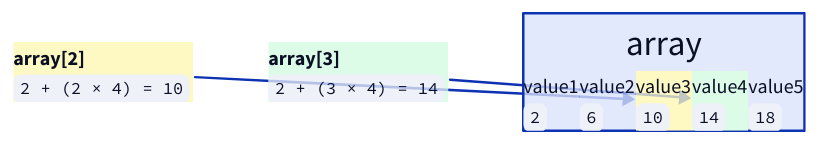
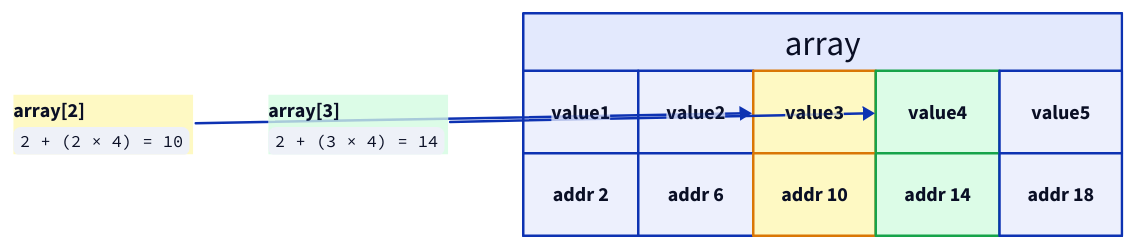
One commit to ani2fun/note-book changed diagram 17 of 19 in src/computer-science/DSA/data-structures/1.arrays/01-introduction.md. Above: the diagram before and after it, drawn with D2. The commit also changed other lines of this file, not shown here.

````diff
--- a/src/computer-science/DSA/data-structures/1.arrays/01-introduction.md
+++ b/src/computer-science/DSA/data-structures/1.arrays/01-introduction.md
@@ -921,32 +901,28 @@
 ```d2
 c2: |md
   **array[2]**<br/>`2 + (2 × 4) = 10`
 | {style.fill: "#fef9c3"; style.stroke: "#d97706"}
 
 c3: |md
   **array[3]**<br/>`2 + (3 × 4) = 14`
 | {style.fill: "#dcfce7"; style.stroke: "#16a34a"}
 
 arr: array {
+  grid-rows: 2
   grid-columns: 5
   grid-gap: 0
-  e0: |md
-    value1<br/>`2`
-  |
-  e1: |md
-    value2<br/>`6`
-  |
-  e2: |md
-    value3<br/>`10`
-  | {style.fill: "#fef9c3"; style.stroke: "#d97706"}
-  e3: |md
-    value4<br/>`14`
-  | {style.fill: "#dcfce7"; style.stroke: "#16a34a"}
-  e4: |md
-    value5<br/>`18`
-  |
+  v0: value1
+  v1: value2
+  v2: value3 {style.fill: "#fef9c3"; style.stroke: "#d97706"}
+  v3: value4 {style.fill: "#dcfce7"; style.stroke: "#16a34a"}
+  v4: value5
+  a0: "addr 2"
+  a1: "addr 6"
+  a2: "addr 10" {style.fill: "#fef9c3"; style.stroke: "#d97706"}
+  a3: "addr 14" {style.fill: "#dcfce7"; style.stroke: "#16a34a"}
+  a4: "addr 18"
 }
 
-c2 -> arr.e2
-c3 -> arr.e3
+c2 -> arr.v2
+c3 -> arr.v3
 ```
````
